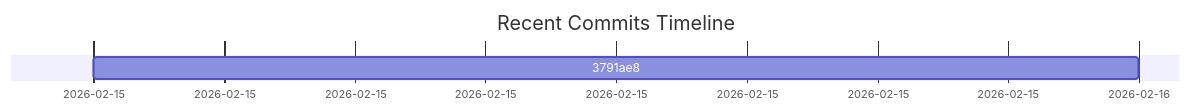
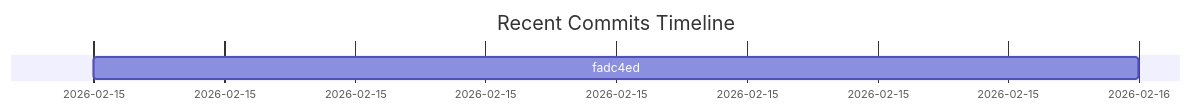
Before and after one commit to Juls95/DocWeave: the fifth of 7 diagrams in DocweaveDocs/DIAGRAMS.md, drawn with Mermaid. The commit also changed other lines of this file and 4 other files, not shown here.

````diff
--- a/DocweaveDocs/DIAGRAMS.md
+++ b/DocweaveDocs/DIAGRAMS.md
@@ -143,6 +83,6 @@
 ```mermaid
 gantt
     title Recent Commits Timeline
     dateFormat YYYY-MM-DD
-    3791ae8 :2026-02-15, 1d
+    fadc4ed :2026-02-15, 1d
 ```
````
